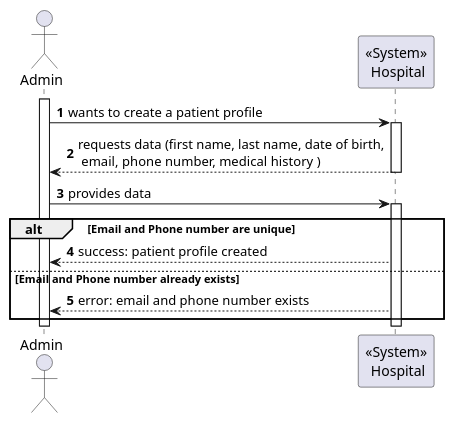
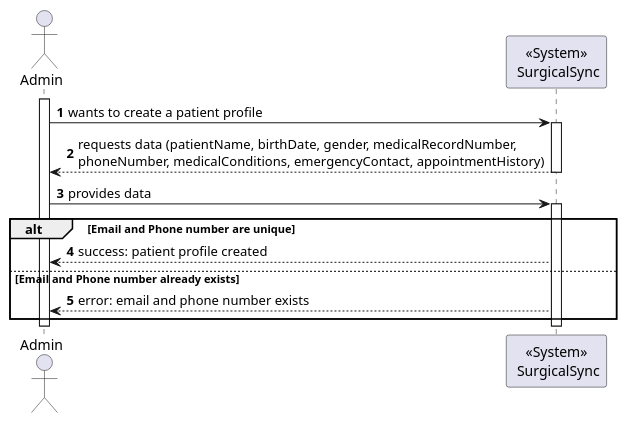
Before and after one commit to MiguelCardoso77/SurgicalSync-BackEnd: the diagram in docs/SprintA/13-create-patient-profile/level1/process-view.puml, drawn with PlantUML. The commit also changed 1 other file, not shown here.

```diff
--- a/docs/SprintA/13-create-patient-profile/level1/process-view.puml
+++ b/docs/SprintA/13-create-patient-profile/level1/process-view.puml
@@ -1,25 +1,25 @@
 @startuml
 autonumber
 
 actor "Admin" as USER
-participant "<<System>>\n Hospital" as SYSTEM
+participant "<<System>>\n SurgicalSync" as SYSTEM
 
 activate USER
 
     USER -> SYSTEM: wants to create a patient profile
     activate SYSTEM
 
-        SYSTEM --> USER : requests data (first name, last name, date of birth,\n email, phone number, medical history )
+        SYSTEM --> USER : requests data (patientName, birthDate, gender, medicalRecordNumber,\nphoneNumber, medicalConditions, emergencyContact, appointmentHistory)
     deactivate SYSTEM
         
     USER -> SYSTEM : provides data
     activate SYSTEM
         alt Email and Phone number are unique
             USER <-- SYSTEM : success: patient profile created
         else Email and Phone number already exists
             USER <-- SYSTEM : error: email and phone number exists
         end
     deactivate SYSTEM
     
 deactivate USER
 @enduml
```
